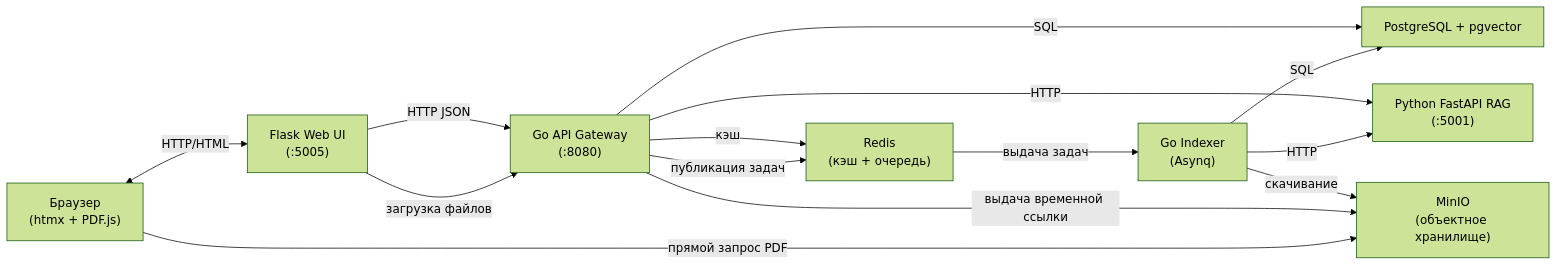
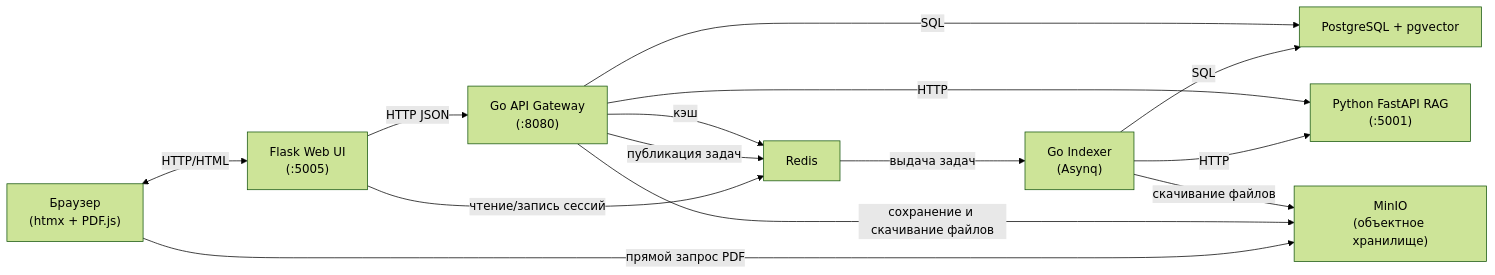
The diagram in README.md (AndB0ndar/doc-archive), drawn with Mermaid (forest theme) before and after one commit. The commit also changed other lines of this file and 5 other files, not shown here.

````diff
--- a/README.md
+++ b/README.md
@@ -37,27 +39,28 @@
 ```mermaid
 flowchart LR
     Browser["Браузер\n(htmx + PDF.js)"]
     WebUI["Flask Web UI\n(:5005)"]
     GoAPI["Go API Gateway\n(:8080)"]
     Postgres["PostgreSQL + pgvector"]
-    Redis["Redis\n(кэш + очередь)"]
+    Redis["Redis"]
     Indexer["Go Indexer\n(Asynq)"]
     RAG["Python FastAPI RAG\n(:5001)"]
     MinIO["MinIO\n(объектное хранилище)"]
 
     Browser <-->|HTTP/HTML| WebUI
     WebUI -->|HTTP JSON| GoAPI
     GoAPI -->|SQL| Postgres
     GoAPI -->|HTTP| RAG
     GoAPI -->|кэш| Redis
 
     GoAPI -->|публикация задач| Redis
     Redis -->|выдача задач| Indexer
     Indexer -->|HTTP| RAG
     Indexer -->|SQL| Postgres
-    Indexer -->|скачивание| MinIO
+    Indexer -->|скачивание файлов| MinIO
 
-    GoAPI -->|выдача временной ссылки| MinIO
-    WebUI -->|загрузка файлов| GoAPI
+    GoAPI -->|сохранение и скачивание файлов| MinIO
     Browser -->|прямой запрос PDF| MinIO
+
+    WebUI -->|чтение/запись сессий| Redis
 ```
````
